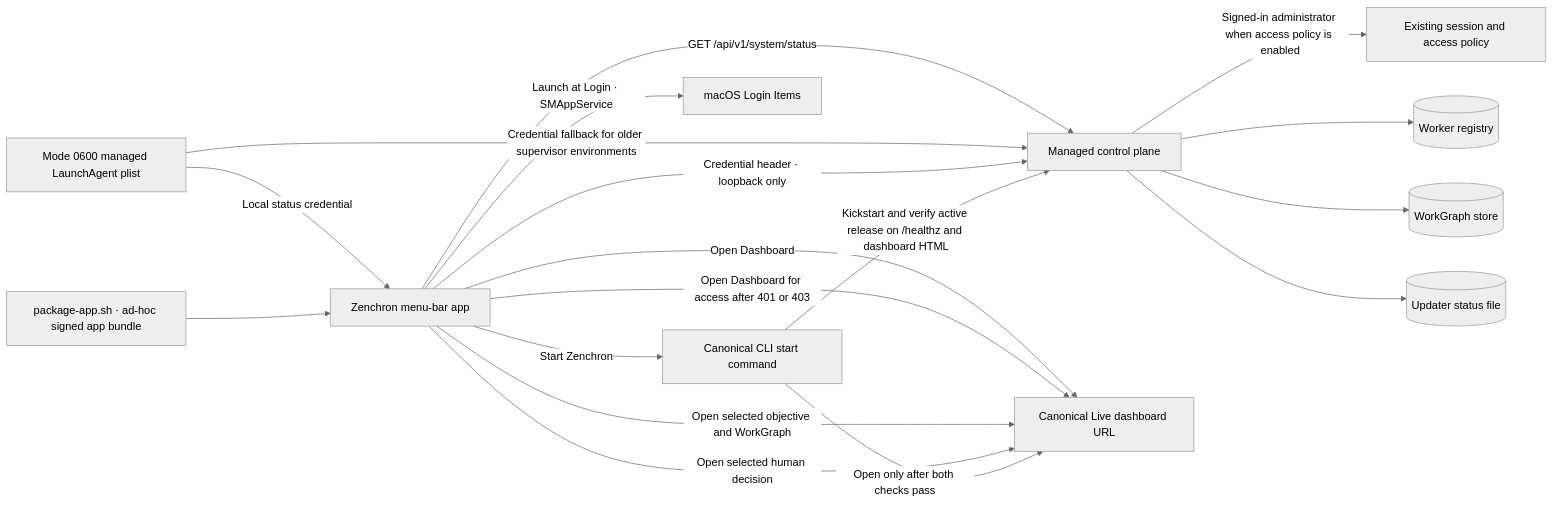
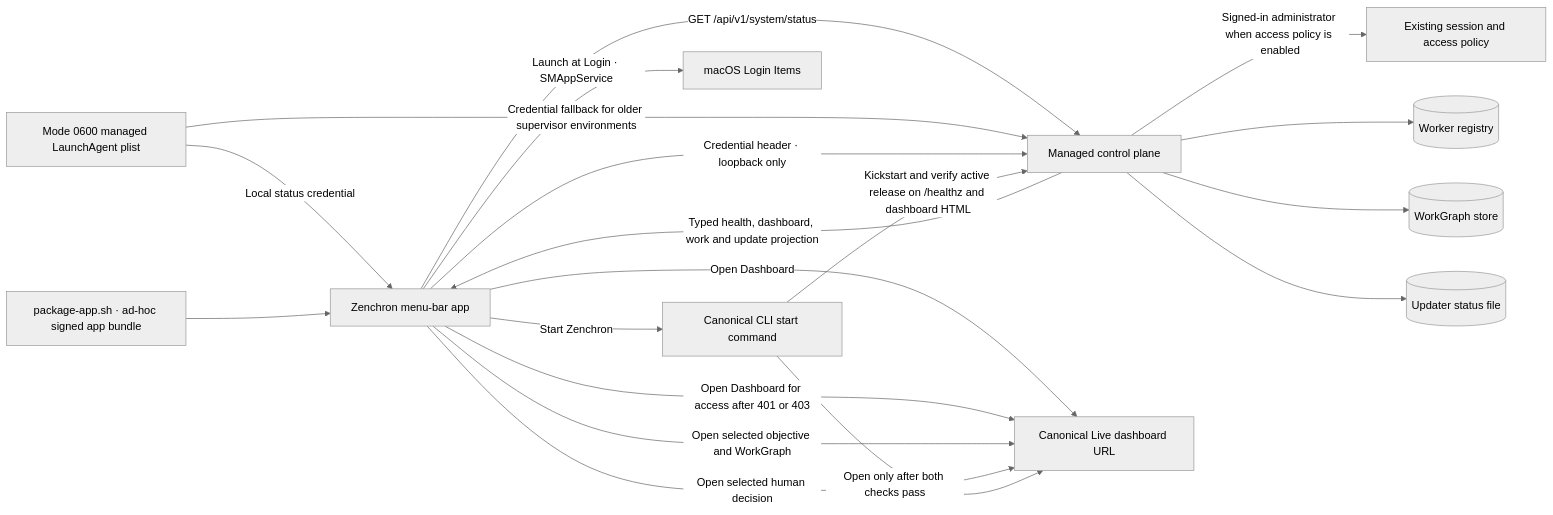
One commit to bogdaniel/zenchron-engineering-os changed the diagram in docs/features/macos-menu-bar-companion.md. Above: the diagram before and after it, drawn with Mermaid (neutral theme). The commit also changed other lines of this file and 7 other files, not shown here.

````diff
--- a/docs/features/macos-menu-bar-companion.md
+++ b/docs/features/macos-menu-bar-companion.md
@@ -8,20 +8,21 @@
 ```mermaid
 flowchart LR
   Companion[Zenchron menu-bar app] -->|GET /api/v1/system/status| API[Managed control plane]
   LaunchAgent[Mode 0600 managed LaunchAgent plist] -->|Local status credential| Companion
   LaunchAgent -->|Credential fallback for older supervisor environments| API
   Companion -->|Credential header · loopback only| API
+  API -->|Typed health, dashboard, work and update projection| Companion
   API -->|Signed-in administrator when access policy is enabled| Auth[Existing session and access policy]
   API --> Workers[(Worker registry)]
   API --> Graphs[(WorkGraph store)]
   API --> Update[(Updater status file)]
   Companion -->|Open Dashboard| Browser[Canonical Live dashboard URL]
   Companion -->|Open Dashboard for access after 401 or 403| Browser
   Companion -->|Open selected objective and WorkGraph| Browser
   Companion -->|Open selected human decision| Browser
   Companion -->|Start Zenchron| CLI[Canonical CLI start command]
   CLI -->|Kickstart and verify active release on /healthz and dashboard HTML| API
   CLI -->|Open only after both checks pass| Browser
   Bundle[package-app.sh · ad-hoc signed app bundle] --> Companion
   Companion -->|Launch at Login · SMAppService| Settings[macOS Login Items]
 ```
````
